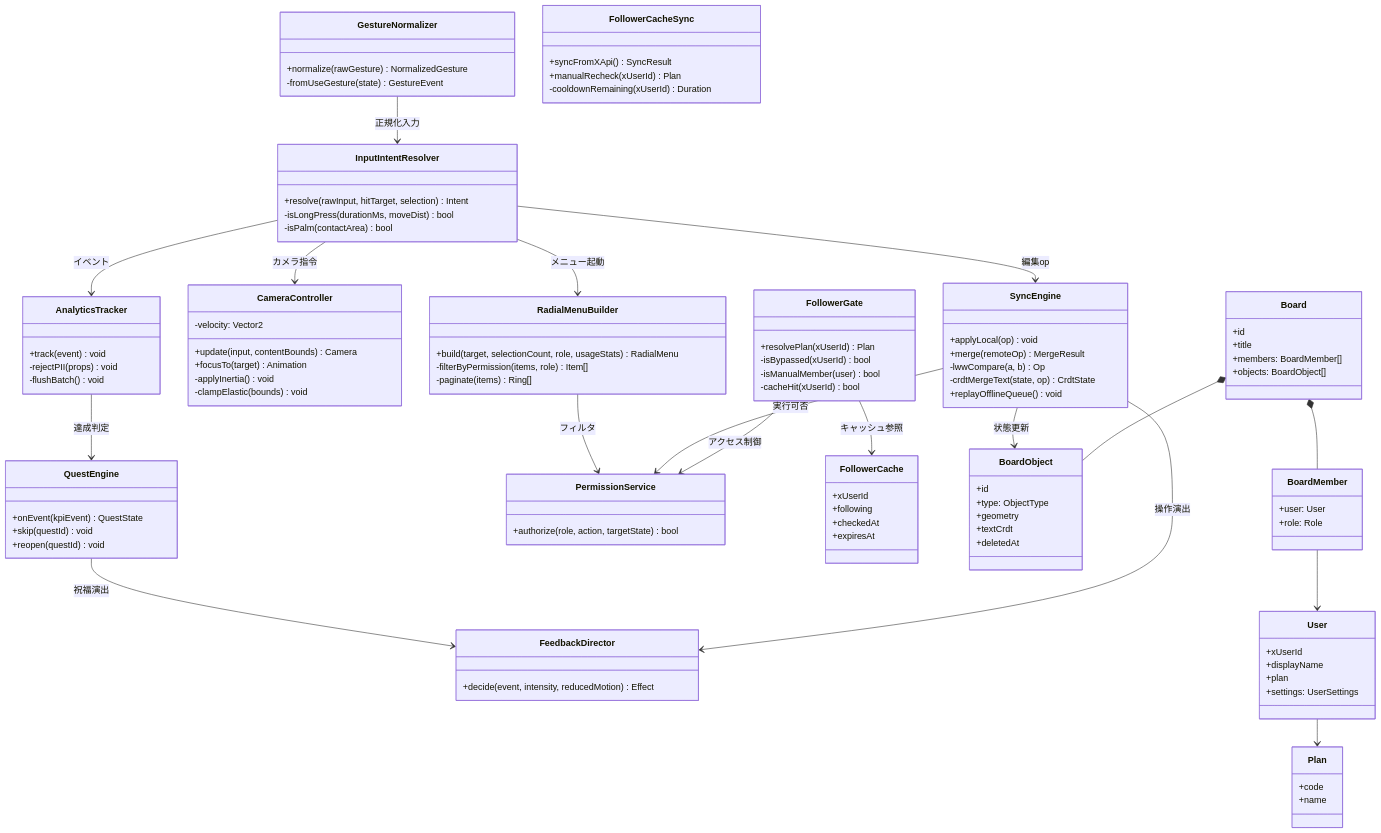
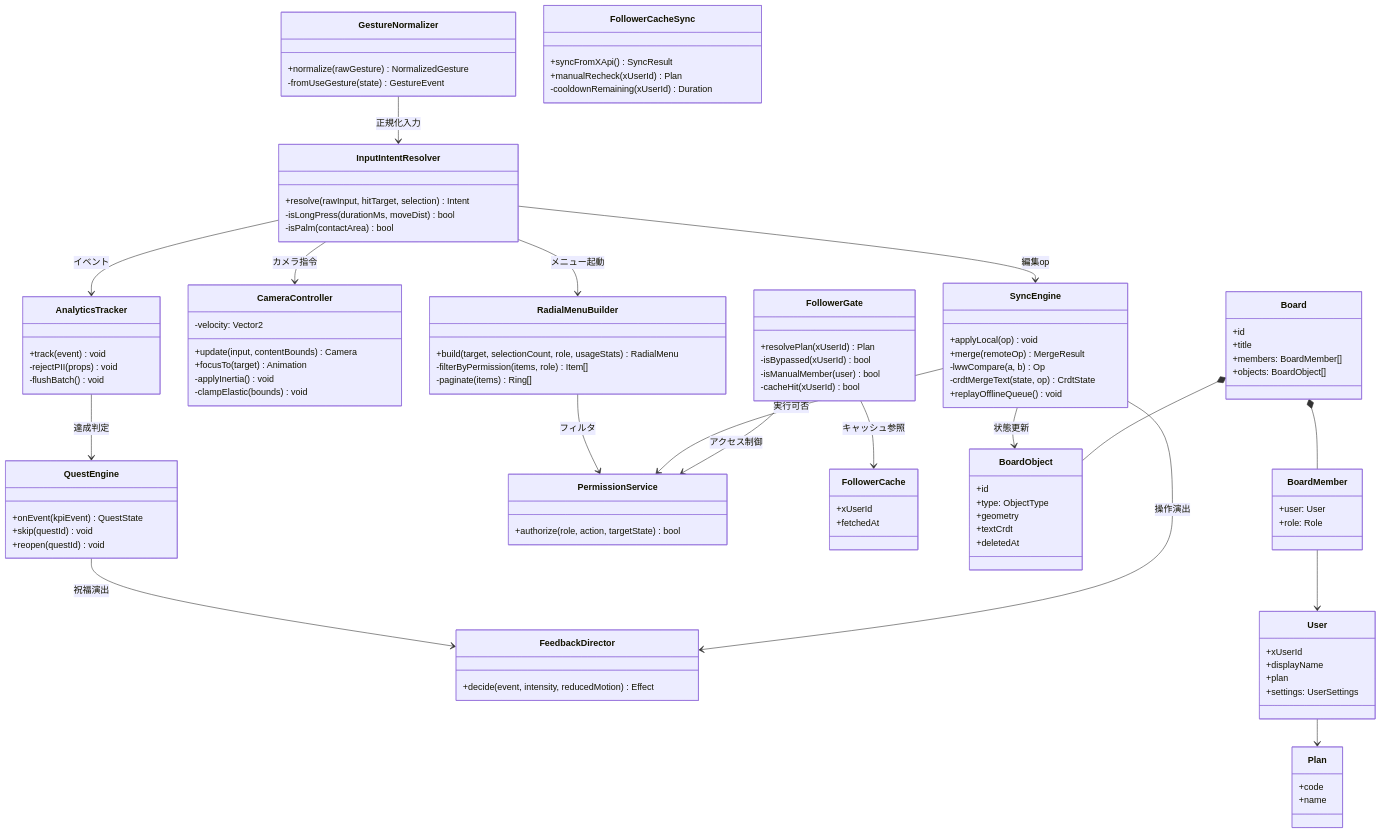
Before and after one commit to rictaworks/questboard: the seventh of 12 diagrams in questboard_design_document.md, drawn with Mermaid. The commit also changed other lines of this file, not shown here.

First line of the commit message:
fix: レビュー指摘の要修正2件（クラス図の取り残しとログイン時の降格記述）

```diff
--- a/questboard_design_document.md
+++ b/questboard_design_document.md
@@ -503,9 +512,7 @@
     }
     class FollowerCache {
         +xUserId
-        +following
-        +checkedAt
-        +expiresAt
+        +fetchedAt
     }
     class Board {
         +id
```
